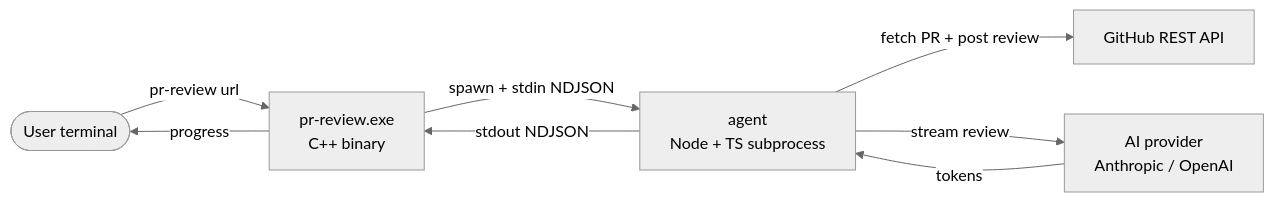
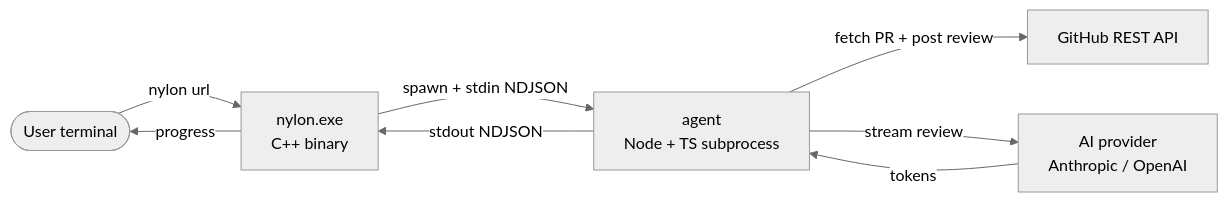
One commit to elefinnt/Nylon changed the diagram in docs/ARCHITECTURE.md. Above: the diagram before and after it, drawn with Mermaid (neutral theme). The commit also changed other lines of this file, not shown here.

Commit message:
docs(architecture): rename pr-review/pr-agent references to nylon

````diff
--- a/docs/ARCHITECTURE.md
+++ b/docs/ARCHITECTURE.md
@@ -5,16 +5,16 @@
 ```mermaid
 flowchart LR
     User([User terminal])
-    CLI["pr-review.exe<br/>C++ binary"]
+    CLI["nylon.exe<br/>C++ binary"]
     Agent["agent<br/>Node + TS subprocess"]
     GH["GitHub REST API"]
     Prov["AI provider<br/>Anthropic / OpenAI"]
 
-    User -- "pr-review url" --> CLI
+    User -- "nylon url" --> CLI
     CLI -- "spawn + stdin NDJSON" --> Agent
     Agent -- "stdout NDJSON" --> CLI
     CLI -- "progress" --> User
     Agent -- "fetch PR + post review" --> GH
     Agent -- "stream review" --> Prov
     Prov -- "tokens" --> Agent
 ```
````
